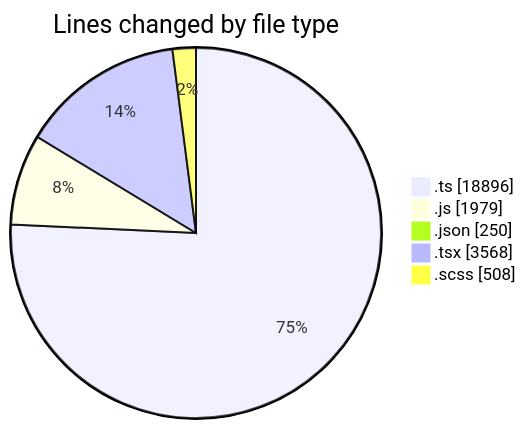
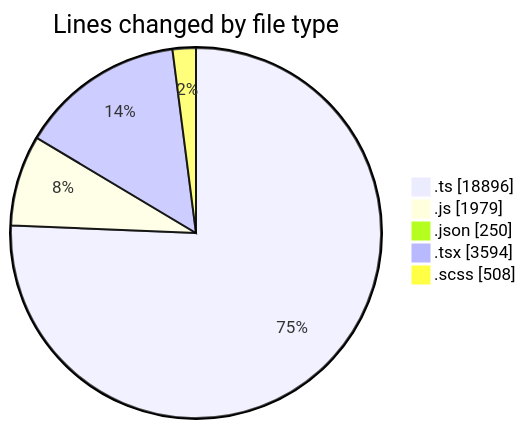
One commit to momahboobian/code-tracking changed the first of 2 diagrams in 2026-06-18/cda/README.md. Above: the diagram before and after it, drawn with Mermaid. The commit also changed other lines of this file and 1 other file, not shown here.

````diff
--- a/2026-06-18/cda/README.md
+++ b/2026-06-18/cda/README.md
@@ -69,9 +69,9 @@
 ```mermaid
 pie showData
 title Lines changed by file type
 ".ts" : 18896
 ".js" : 1979
 ".json" : 250
-".tsx" : 3568
+".tsx" : 3594
 ".scss" : 508
 ```
````
